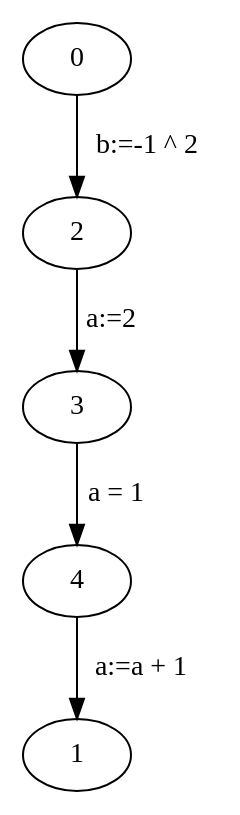
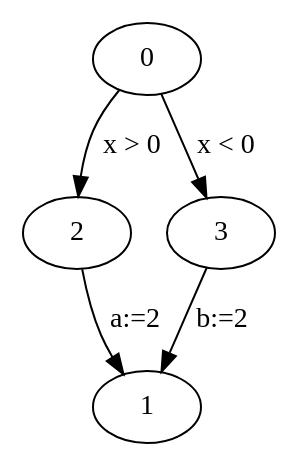
The diagram in assignmentfolder/graph.dot (Frinkel/ComputerScienceModelling_Parser-Interpreter), drawn with Graphviz before and after one commit. The commit also changed 3 other files, not shown here.

```diff
--- a/assignmentfolder/graph.dot
+++ b/assignmentfolder/graph.dot
@@ -1,6 +1,6 @@
 digraph G {
-0 -> 2 [label = "b:=-1 ^ 2"];
-2 -> 3 [label = "a:=2"];
-3 -> 4 [label = "a = 1"];
-4 -> 1 [label = "a:=a + 1"];
+0 -> 2 [label = "x > 0"];
+2 -> 1 [label = "a:=2"];
+0 -> 3 [label = "x < 0"];
+3 -> 1 [label = "b:=2"];
 }
```
